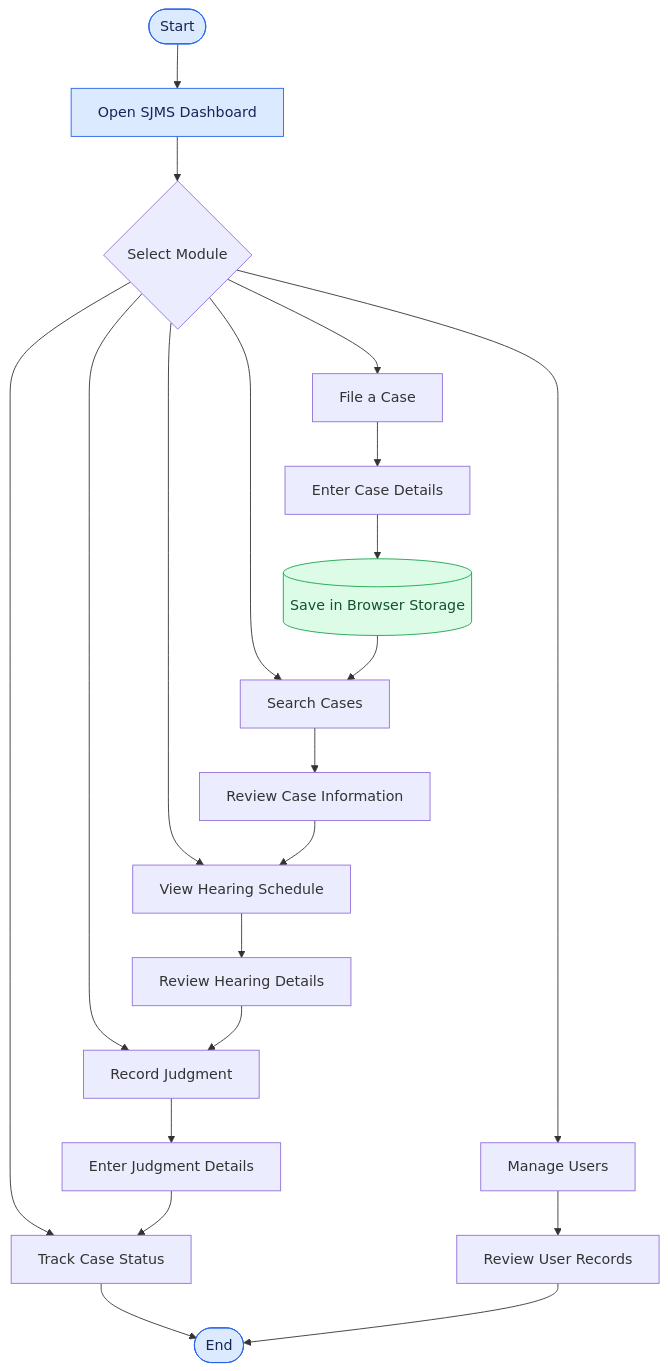
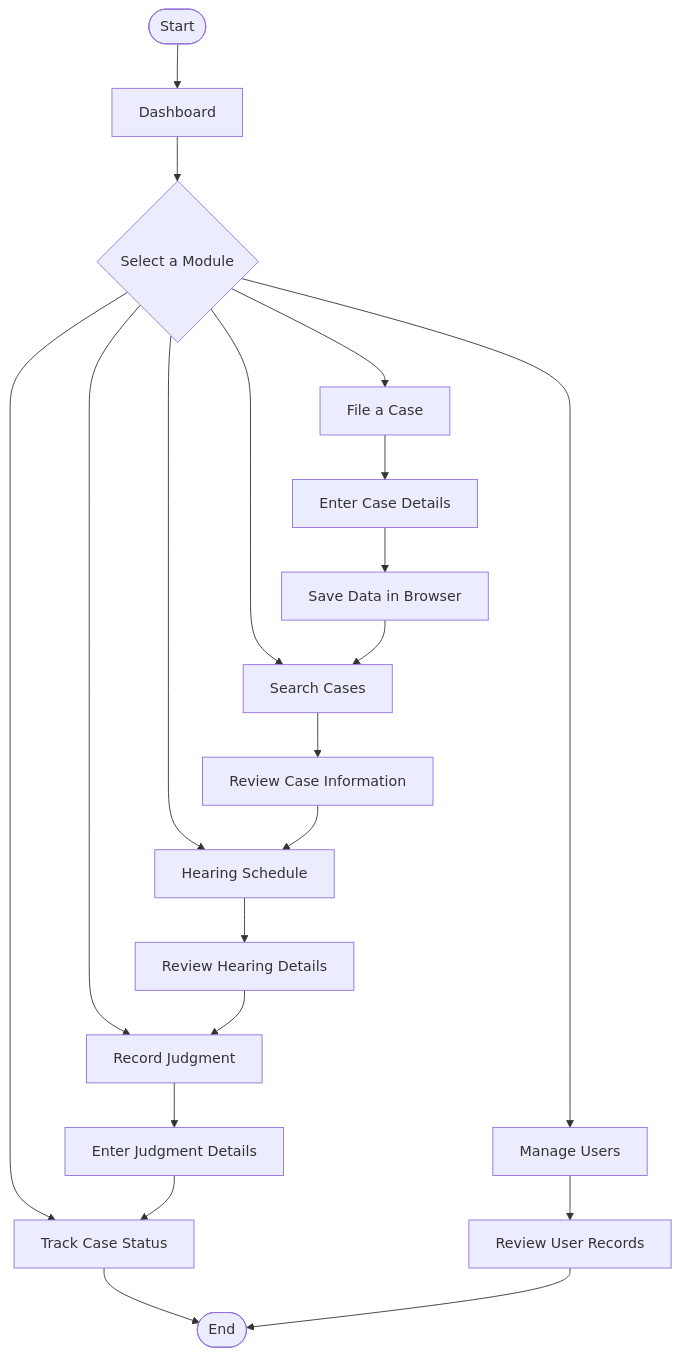
Before and after one commit to devyaniraghatate/smart-judicial-management-system-: the first of 2 diagrams in README.md, drawn with Mermaid. The commit also changed other lines of this file, not shown here.

````diff
--- a/README.md
+++ b/README.md
@@ -54,33 +57,28 @@
 ```mermaid
 flowchart TD
-    A([Start]) --> B[Open SJMS Dashboard]
-    B --> C{Select Module}
+    A([Start]) --> B[Dashboard]
+    B --> C{Select a Module}
 
     C --> D[File a Case]
     C --> E[Search Cases]
-    C --> F[View Hearing Schedule]
+    C --> F[Hearing Schedule]
     C --> G[Record Judgment]
     C --> H[Track Case Status]
     C --> I[Manage Users]
 
     D --> J[Enter Case Details]
-    J --> K[(Save in Browser Storage)]
+    J --> K[Save Data in Browser]
     K --> E
 
     E --> L[Review Case Information]
     L --> F
     F --> M[Review Hearing Details]
     M --> G
     G --> N[Enter Judgment Details]
     N --> H
 
     I --> O[Review User Records]
 
     H --> P([End])
     O --> P
-
-    style A fill:#dbeafe,stroke:#2563eb,color:#172554
-    style B fill:#dbeafe,stroke:#2563eb,color:#172554
-    style K fill:#dcfce7,stroke:#16a34a,color:#14532d
-    style P fill:#dbeafe,stroke:#2563eb,color:#172554
 ```
````
